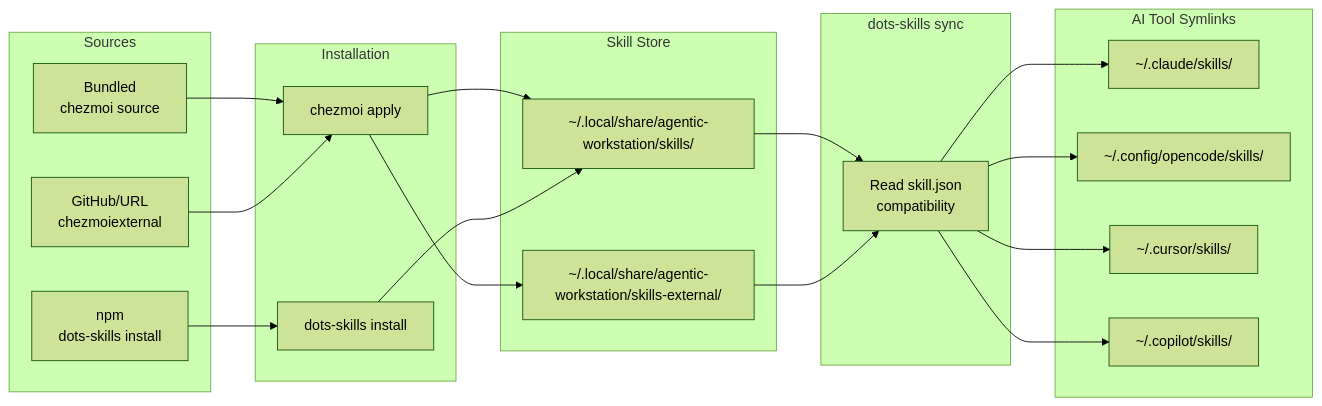
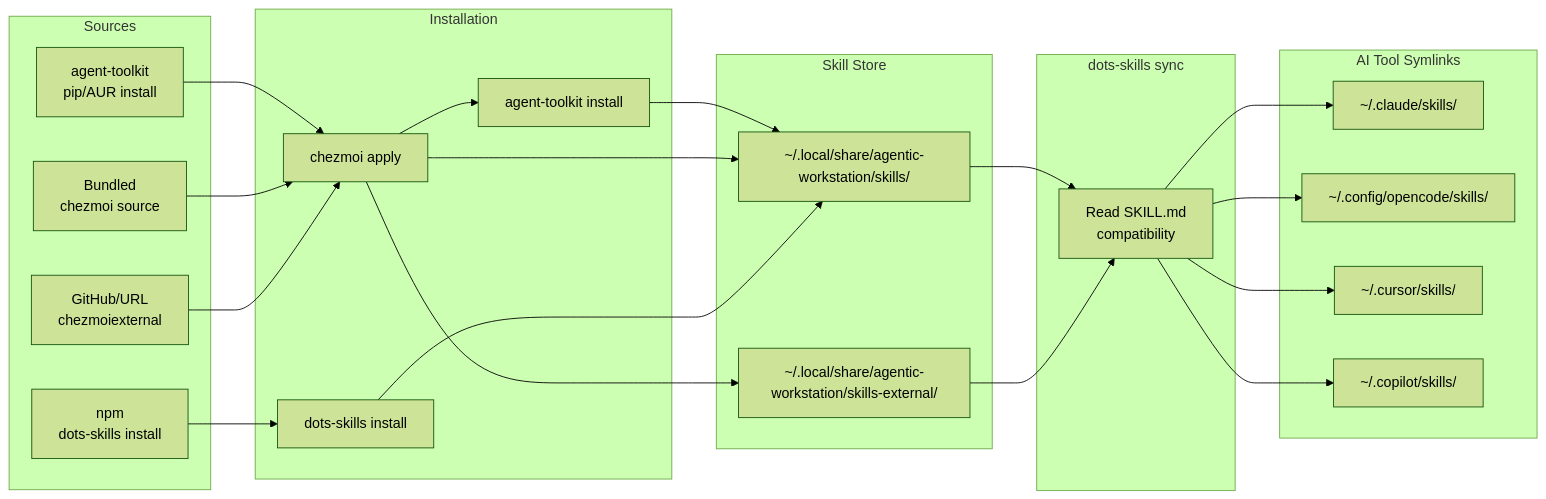
Before and after one commit to ulises-jeremias/agentic-workstation: the diagram in docs/SKILLS.md, drawn with Mermaid (forest theme). The commit also changed other lines of this file and 24 other files, not shown here.

````diff
--- a/docs/SKILLS.md
+++ b/docs/SKILLS.md
@@ -24,39 +24,42 @@
 ```mermaid
 flowchart LR
     subgraph Sources
+        AT[agent-toolkit<br/>pip/AUR install]
         B[Bundled<br/>chezmoi source]
         N[npm<br/>dots-skills install]
         G[GitHub/URL<br/>chezmoiexternal]
     end
 
     subgraph Install["Installation"]
         CA[chezmoi apply]
+        ATI[agent-toolkit install]
         NS[dots-skills install]
     end
 
     subgraph Store["Skill Store"]
         S1["~/.local/share/agentic-workstation/skills/"]
         S2["~/.local/share/agentic-workstation/skills-external/"]
     end
 
     subgraph Sync["dots-skills sync"]
-        SJ["Read skill.json<br/>compatibility"]
+        SJ["Read SKILL.md<br/>compatibility"]
     end
 
     subgraph Tools["AI Tool Symlinks"]
         T1["~/.claude/skills/"]
         T2["~/.config/opencode/skills/"]
         T3["~/.cursor/skills/"]
         T4["~/.copilot/skills/"]
     end
 
+    AT --> CA --> ATI --> S1
     B --> CA --> S1
     N --> NS --> S1
     G --> CA --> S2
     S1 --> SJ
     S2 --> SJ
     SJ --> T1
     SJ --> T2
     SJ --> T3
     SJ --> T4
 ```
````
